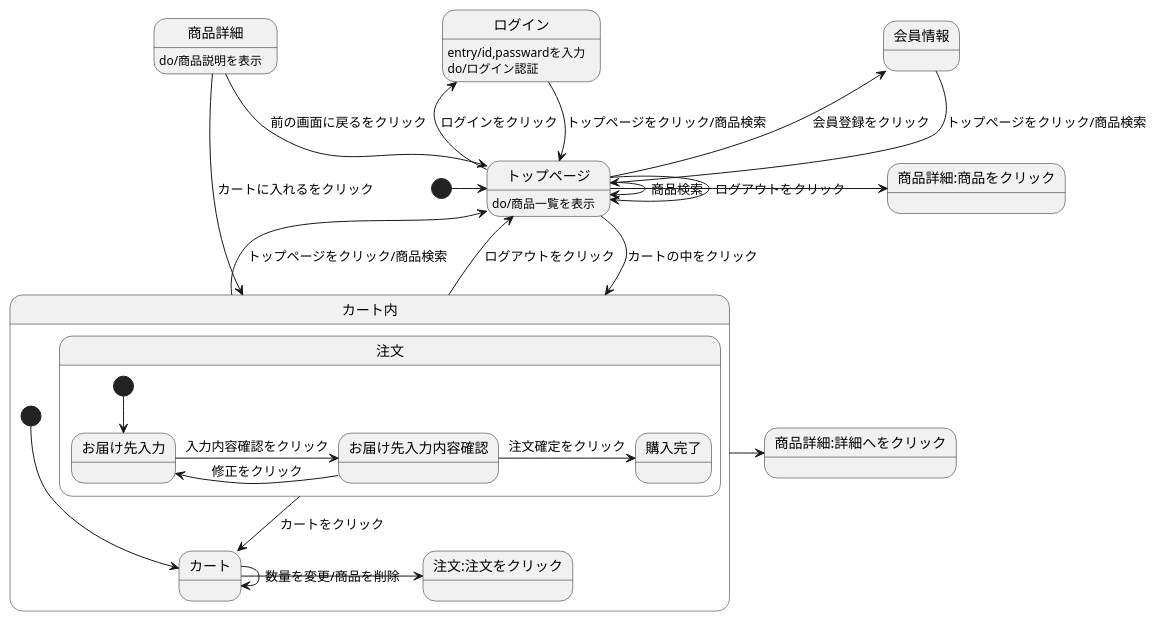
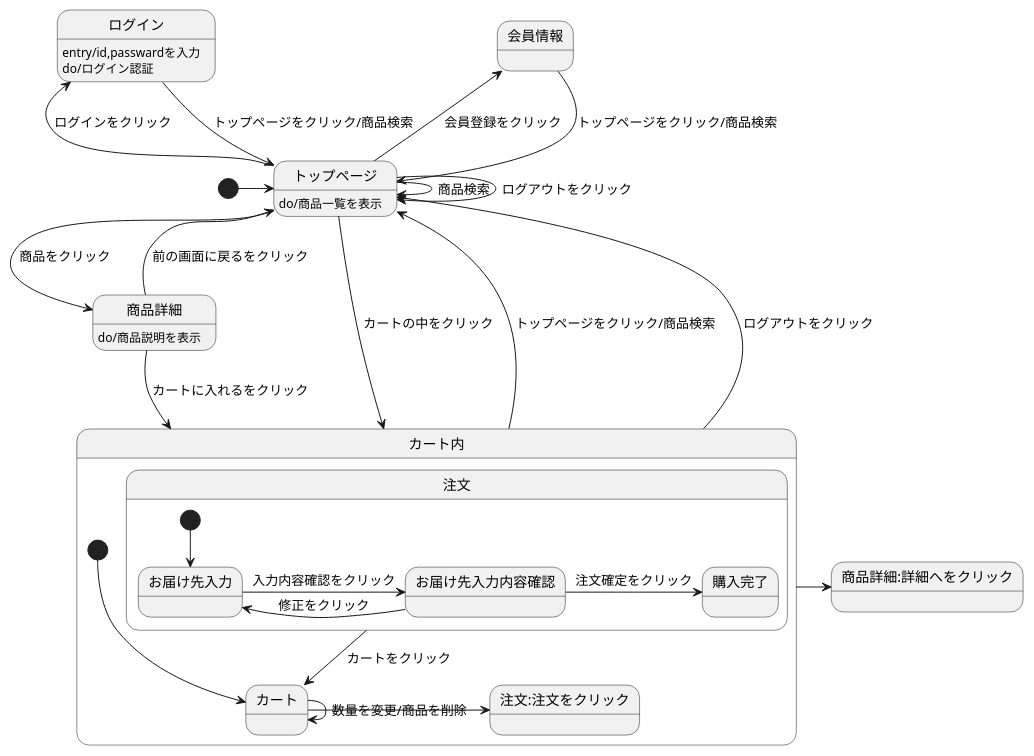
One commit to Aso2001376/2021sys-design changed the diagram in toppage.md. Above: the diagram before and after it, drawn with PlantUML.

````diff
--- a/toppage.md
+++ b/toppage.md
@@ -1,35 +1,35 @@
 ```uml
 @startuml
 [*] -> トップページ
 会員情報 --> トップページ : トップページをクリック/商品検索
 ログイン --> トップページ : トップページをクリック/商品検索
 ログイン : entry/id,passwardを入力
 ログイン : do/ログイン認証
 トップページ --> トップページ : ログアウトをクリック
 トップページ -> トップページ : 商品検索
-トップページ -> 商品詳細:商品をクリック
+トップページ -> 商品詳細 : 商品をクリック
 トップページ -left-> 会員情報 : 会員登録をクリック
 トップページ -left-> ログイン : ログインをクリック
 トップページ --> カート内 : カートの中をクリック
 トップページ : do/商品一覧を表示
 商品詳細 --> カート内 : カートに入れるをクリック
 商品詳細 --> トップページ : 前の画面に戻るをクリック
 商品詳細 : do/商品説明を表示
 カート内 -up-> トップページ : トップページをクリック/商品検索
 カート内 -up-> トップページ : ログアウトをクリック
 カート内 -> 商品詳細:詳細へをクリック
 
 state カート内{
 [*]--> カート
 カート-> 注文:注文をクリック
 カート->カート: 数量を変更/商品を削除
 注文 --> カート: カートをクリック
 state 注文{
 [*] --> お届け先入力
 お届け先入力 -> お届け先入力内容確認: 入力内容確認をクリック
 お届け先入力内容確認 -> お届け先入力: 修正をクリック
 お届け先入力内容確認 -> 購入完了: 注文確定をクリック
   }
  }
 @enduml
 ```
````
